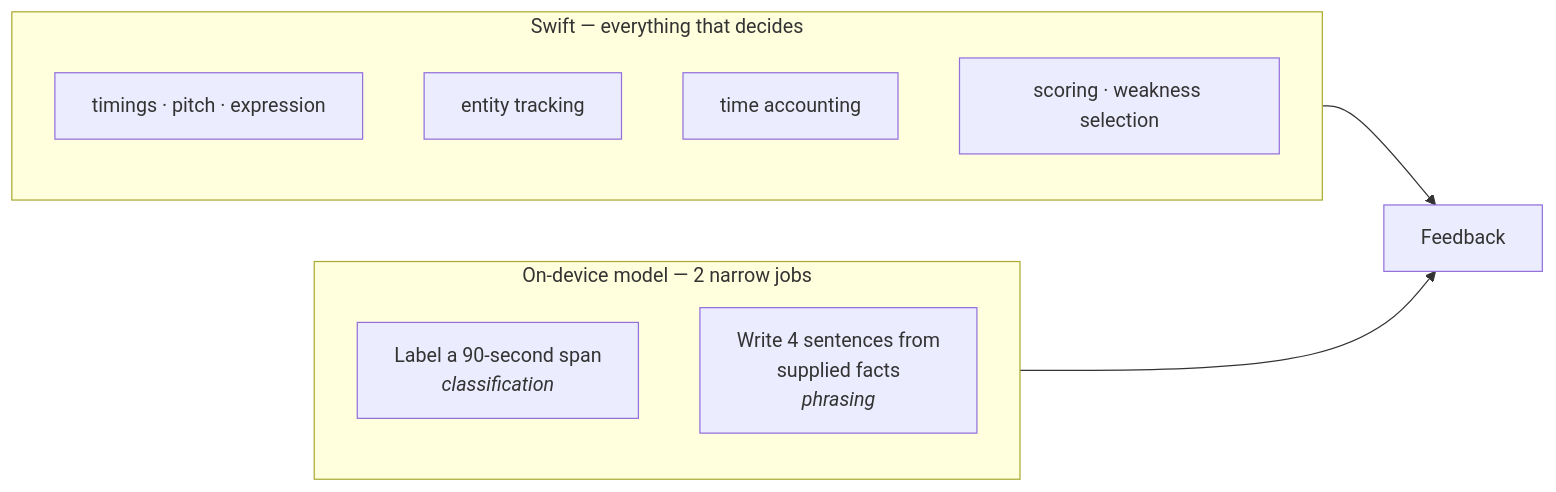
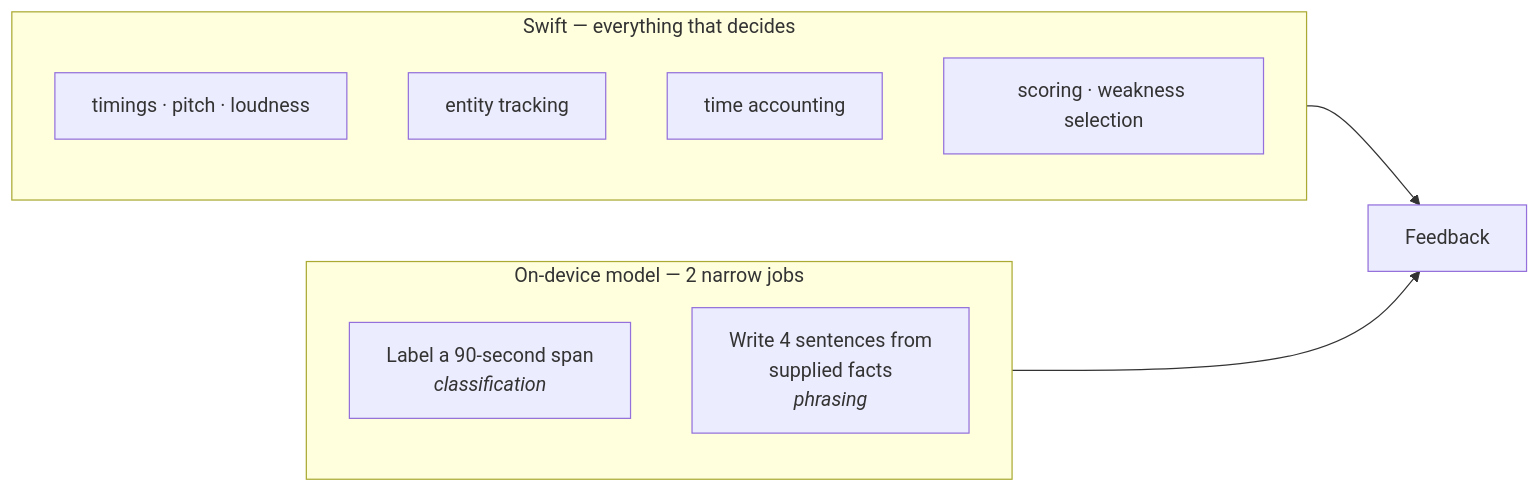
One commit to UjjawalPrabhat/conteur changed the first of 5 diagrams in Conteur/Core/README.md. Above: the diagram before and after it, drawn with Mermaid. The commit also changed other lines of this file and 19 other files, not shown here.

````diff
--- a/Conteur/Core/README.md
+++ b/Conteur/Core/README.md
@@ -21,15 +21,15 @@
 ```mermaid
 flowchart LR
     subgraph model["On-device model — 2 narrow jobs"]
         L["Label a 90-second span<br/><i>classification</i>"]
         P["Write 4 sentences from<br/>supplied facts<br/><i>phrasing</i>"]
     end
     subgraph swift["Swift — everything that decides"]
-        T["timings · pitch · expression"]
+        T["timings · pitch · loudness"]
         E["entity tracking"]
         A["time accounting"]
         S["scoring · weakness selection"]
     end
     swift --> out["Feedback"]
     model --> out
 ```
````
